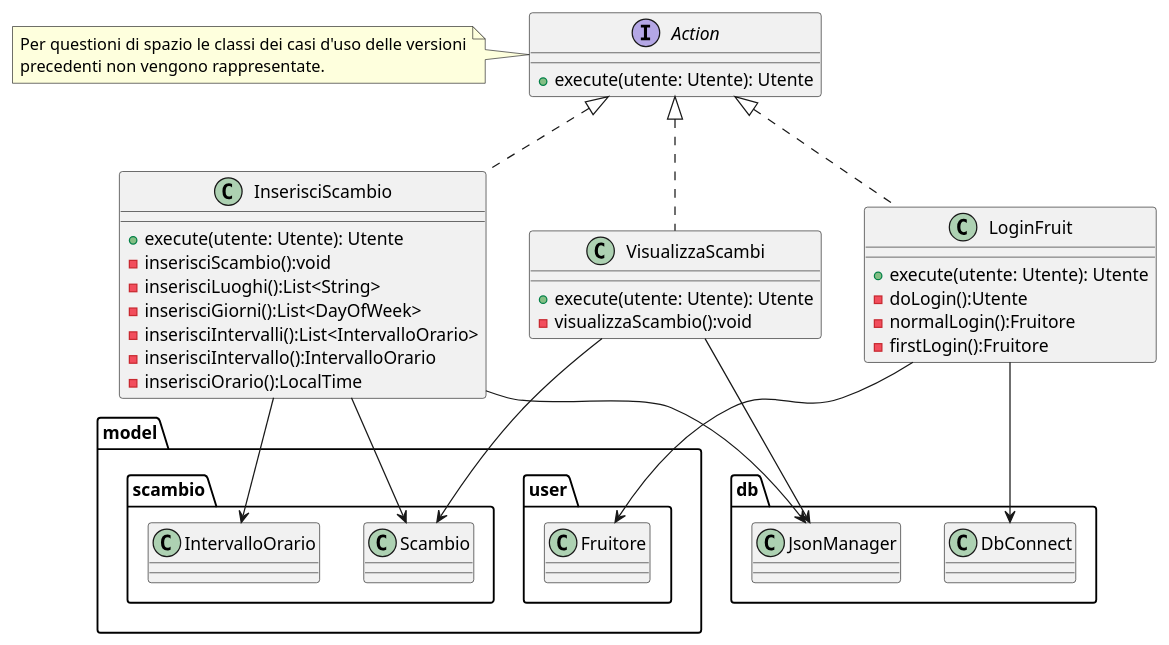
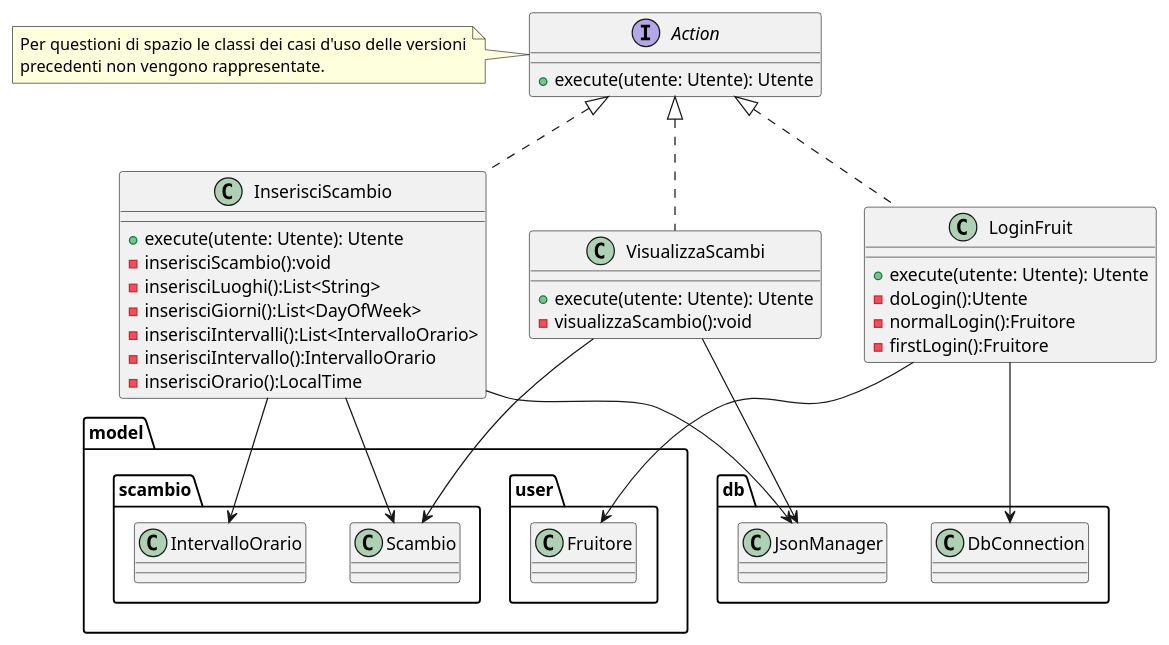
Before and after one commit to bernagit/IngegneriaSoftware: the diagram in Documentation/Ver2/controller.puml, drawn with PlantUML. The commit also changed 6 other files, not shown here.

```diff
--- a/Documentation/Ver2/controller.puml
+++ b/Documentation/Ver2/controller.puml
@@ -1,45 +1,45 @@
 @startuml controller
 
 
 
 interface Action{
     +execute(utente: Utente): Utente
 }
 
 note left of Action
     Per questioni di spazio le classi dei casi d'uso delle versioni
     precedenti non vengono rappresentate.
 endnote
 
 class InserisciScambio implements Action{
     +execute(utente: Utente): Utente
     -inserisciScambio():void
     -inserisciLuoghi():List<String>
     -inserisciGiorni():List<DayOfWeek>
     -inserisciIntervalli():List<IntervalloOrario>
     -inserisciIntervallo():IntervalloOrario
     -inserisciOrario():LocalTime
 
 }
 
 class VisualizzaScambi implements Action{
     +execute(utente: Utente): Utente
     -visualizzaScambio():void
 }
 
 class LoginFruit implements Action{
     +execute(utente: Utente): Utente
     -doLogin():Utente
     -normalLogin():Fruitore
     -firstLogin():Fruitore
 }
 
 InserisciScambio --> model.scambio.IntervalloOrario
 InserisciScambio --> model.scambio.Scambio
 VisualizzaScambi --> model.scambio.Scambio
 LoginFruit --> model.user.Fruitore
-LoginFruit --> db.DbConnect
+LoginFruit --> db.DbConnection
 InserisciScambio --> db.JsonManager
 VisualizzaScambi --> db.JsonManager
 
 @enduml
```
